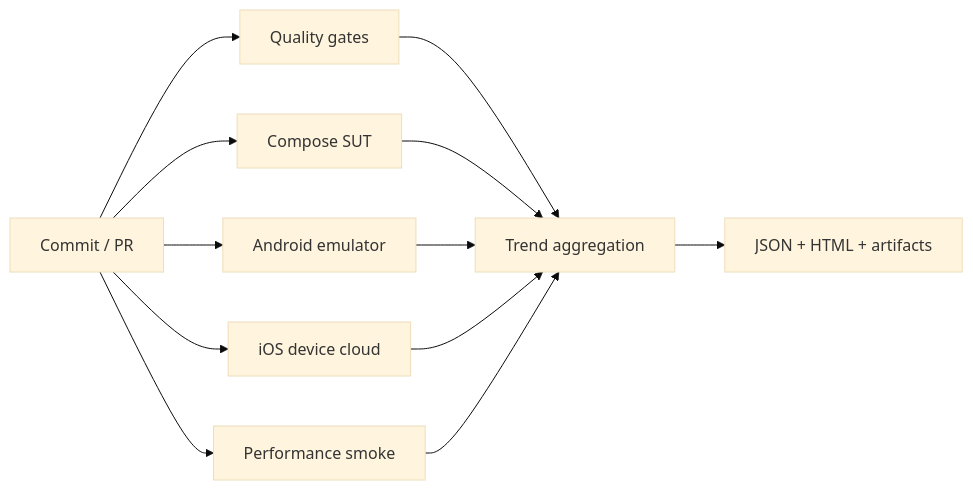
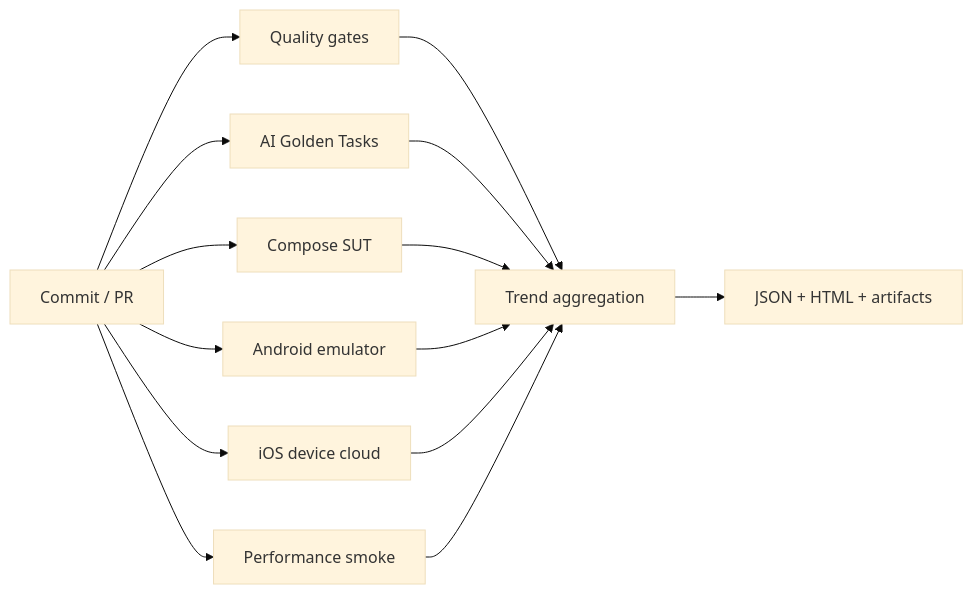
Before and after one commit to htb123-maker/quality-engineering-lab: the diagram in docs/architecture/quality-pipeline-and-trends.md, drawn with Mermaid (base theme). The commit also changed other lines of this file and 27 other files, not shown here.

````diff
--- a/docs/architecture/quality-pipeline-and-trends.md
+++ b/docs/architecture/quality-pipeline-and-trends.md
@@ -5,14 +5,16 @@
 ```mermaid
 flowchart LR
     C["Commit / PR"] --> Q["Quality gates"]
+    C --> AI["AI Golden Tasks"]
     C --> S["Compose SUT"]
     C --> A["Android emulator"]
     C --> I["iOS device cloud"]
     C --> P["Performance smoke"]
     Q --> T["Trend aggregation"]
+    AI --> T
     S --> T
     A --> T
     I --> T
     P --> T
     T --> R["JSON + HTML + artifacts"]
 ```
````
